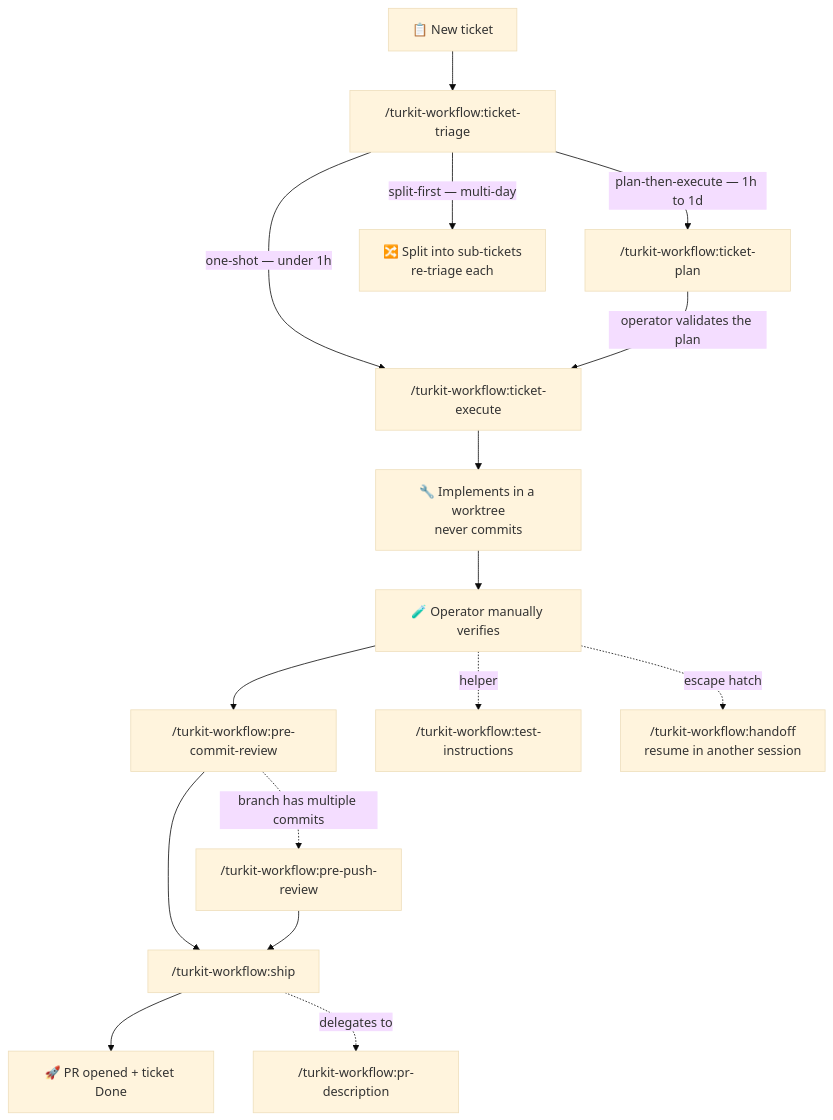
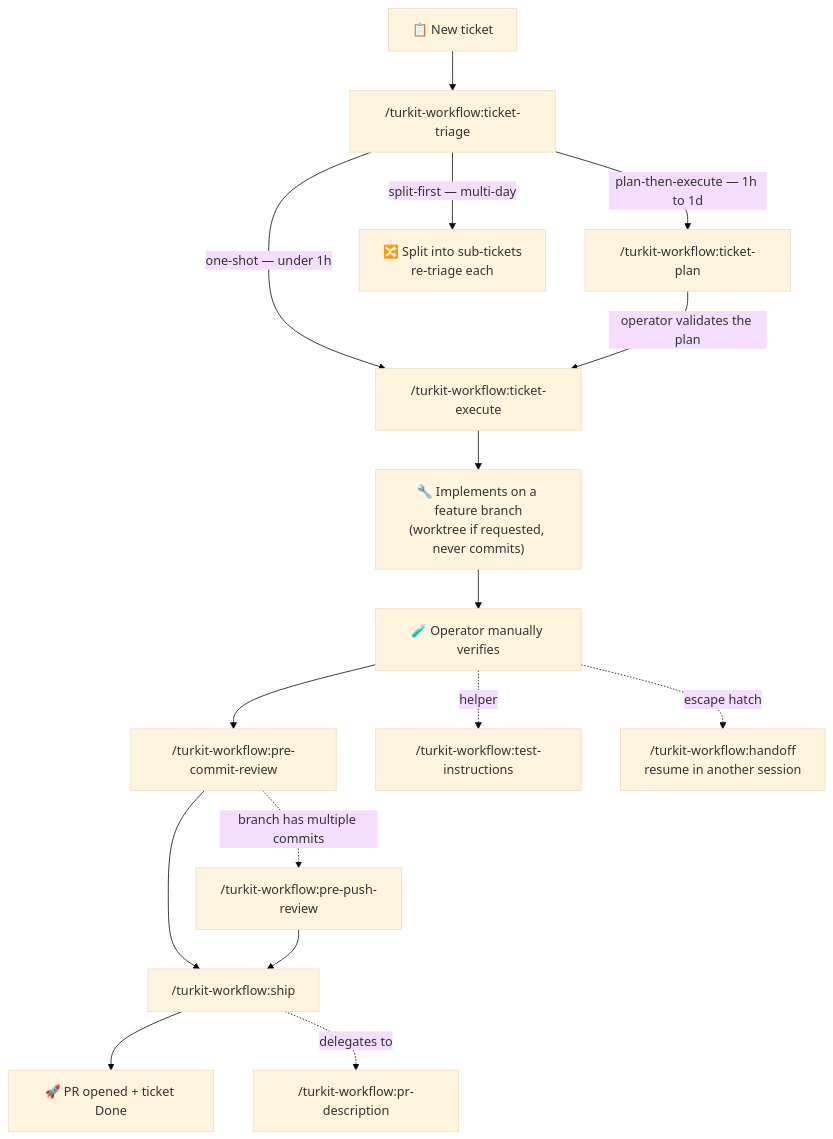
Before and after one commit to alimtunc/turkit: the diagram in README.md, drawn with Mermaid (base theme). The commit also changed other lines of this file and 1 other file, not shown here.

Commit message:
docs: align README and CHANGELOG with opt-in worktree default

````diff
--- a/README.md
+++ b/README.md
@@ -40,22 +40,22 @@
 ```mermaid
 flowchart TD
     A["📋 New ticket"] --> T["/turkit-workflow:ticket-triage"]
 
     T -->|"one-shot — under 1h"| E["/turkit-workflow:ticket-execute"]
     T -->|"plan-then-execute — 1h to 1d"| P["/turkit-workflow:ticket-plan"]
     T -->|"split-first — multi-day"| S["🔀 Split into sub-tickets<br/>re-triage each"]
 
     P -->|"operator validates the plan"| E
-    E --> W["🔧 Implements in a worktree<br/>never commits"]
+    E --> W["🔧 Implements on a feature branch<br/>(worktree if requested, never commits)"]
     W --> V["🧪 Operator manually verifies"]
 
     V --> PCR["/turkit-workflow:pre-commit-review"]
     PCR -. "branch has multiple commits" .-> PPR["/turkit-workflow:pre-push-review"]
     PCR --> SHIP["/turkit-workflow:ship"]
     PPR --> SHIP
     SHIP --> DONE["🚀 PR opened + ticket Done"]
 
     V -. "helper" .-> TI["/turkit-workflow:test-instructions"]
     SHIP -. "delegates to" .-> PRD["/turkit-workflow:pr-description"]
     V -. "escape hatch" .-> HO["/turkit-workflow:handoff<br/>resume in another session"]
 ```
````
